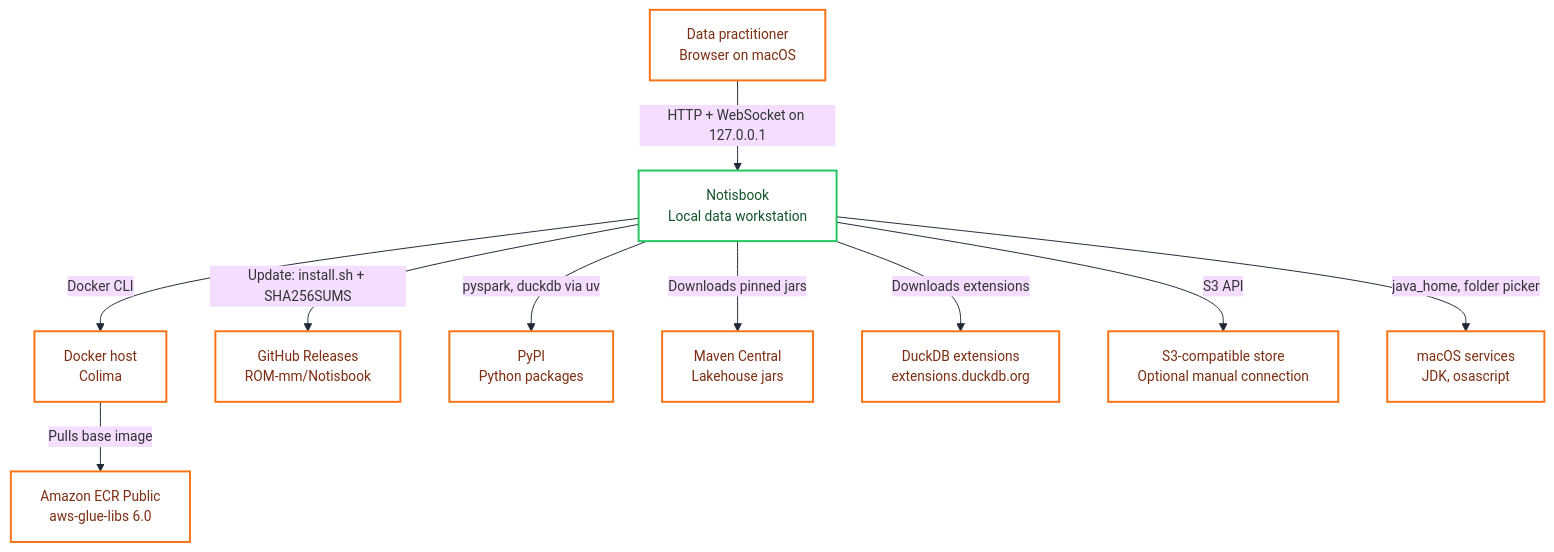
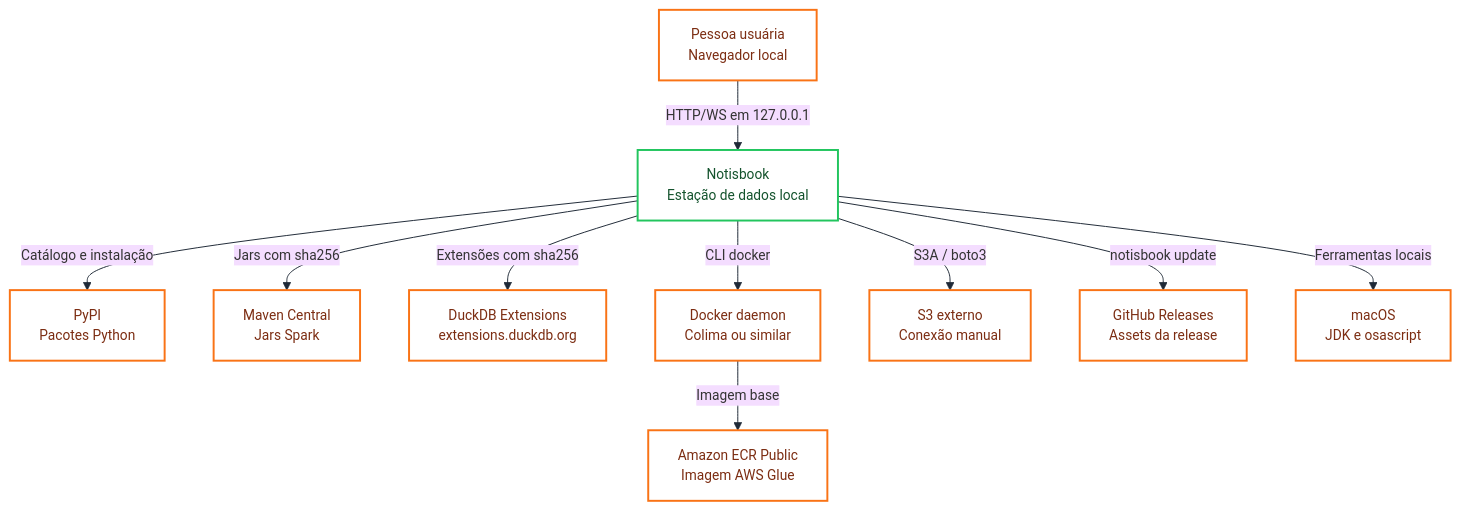
The diagram in docs/arch/context.mmd (ROM-mm/Notisbook), drawn with Mermaid before and after one commit. The commit also changed 7 other files, not shown here.

First line of the commit message:
fix(spark): bind local kernels to loopback only (#15)

```diff
--- a/docs/arch/context.mmd
+++ b/docs/arch/context.mmd
@@ -1,35 +1,35 @@
 %%{init: {"theme":"base",
   "fontFamily":"ui-monospace, SFMono-Regular, Menlo, monospace",
   "themeVariables":{
     "fontSize":"14px","lineColor":"#1F2937",
     "clusterBkg":"#FFFFFF","clusterBorder":"#E2E8F0"}}}%%
 graph TB
-    USER["Data practitioner<br/>Browser on macOS"]
-    NB["Notisbook<br/>Local data workstation"]
-    DOCKER["Docker host<br/>Colima"]
-    GH["GitHub Releases<br/>ROM-mm/Notisbook"]
-    PYPI["PyPI<br/>Python packages"]
-    MAVEN["Maven Central<br/>Lakehouse jars"]
-    DUCKEXT["DuckDB extensions<br/>extensions.duckdb.org"]
-    ECR["Amazon ECR Public<br/>aws-glue-libs 6.0"]
-    S3["S3-compatible store<br/>Optional manual connection"]
-    MACOS["macOS services<br/>JDK, osascript"]
+    USER["Pessoa usuária<br/>Navegador local"]
+    NB["Notisbook<br/>Estação de dados local"]
+    PYPI["PyPI<br/>Pacotes Python"]
+    MAVEN["Maven Central<br/>Jars Spark"]
+    DUCKEXT["DuckDB Extensions<br/>extensions.duckdb.org"]
+    DOCKER["Docker daemon<br/>Colima ou similar"]
+    ECR["Amazon ECR Public<br/>Imagem AWS Glue"]
+    S3["S3 externo<br/>Conexão manual"]
+    GH["GitHub Releases<br/>Assets da release"]
+    MACOS["macOS<br/>JDK e osascript"]
 
-    USER -->|"HTTP + WebSocket on 127.0.0.1"| NB
-    NB -->|"Docker CLI"| DOCKER
-    DOCKER -->|"Pulls base image"| ECR
-    NB -->|"Update: install.sh + SHA256SUMS"| GH
-    NB -->|"pyspark, duckdb via uv"| PYPI
-    NB -->|"Downloads pinned jars"| MAVEN
-    NB -->|"Downloads extensions"| DUCKEXT
-    NB -->|"S3 API"| S3
-    NB -->|"java_home, folder picker"| MACOS
+    USER -->|"HTTP/WS em 127.0.0.1"| NB
+    NB -->|"Catálogo e instalação"| PYPI
+    NB -->|"Jars com sha256"| MAVEN
+    NB -->|"Extensões com sha256"| DUCKEXT
+    NB -->|"CLI docker"| DOCKER
+    DOCKER -->|"Imagem base"| ECR
+    NB -->|"S3A / boto3"| S3
+    NB -->|"notisbook update"| GH
+    NB -->|"Ferramentas locais"| MACOS
 
     classDef external    fill:#FFFFFF,stroke:#F97316,stroke-width:2px,color:#7C2D12
     classDef integration fill:#FFFFFF,stroke:#6366F1,stroke-width:2px,color:#312E81
     classDef processing  fill:#FFFFFF,stroke:#22C55E,stroke-width:2px,color:#14532D
     classDef persistence fill:#FEF2F2,stroke:#EF4444,stroke-width:2px,color:#7F1D1D
     classDef support     fill:#FFFFFF,stroke:#38BDF8,stroke-width:2px,color:#075985
 
-    class USER,DOCKER,GH,PYPI,MAVEN,DUCKEXT,ECR,S3,MACOS external
+    class USER,PYPI,MAVEN,DUCKEXT,ECR,S3,GH,MACOS,DOCKER external
     class NB processing
```
